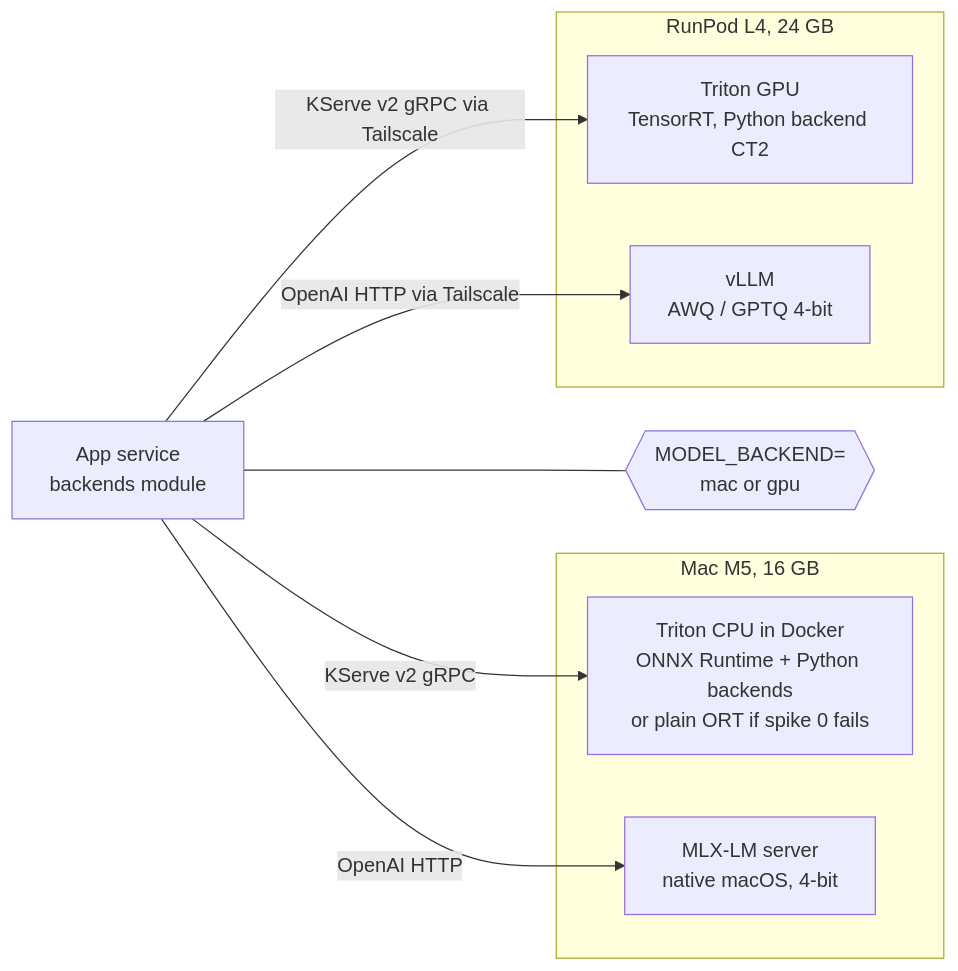
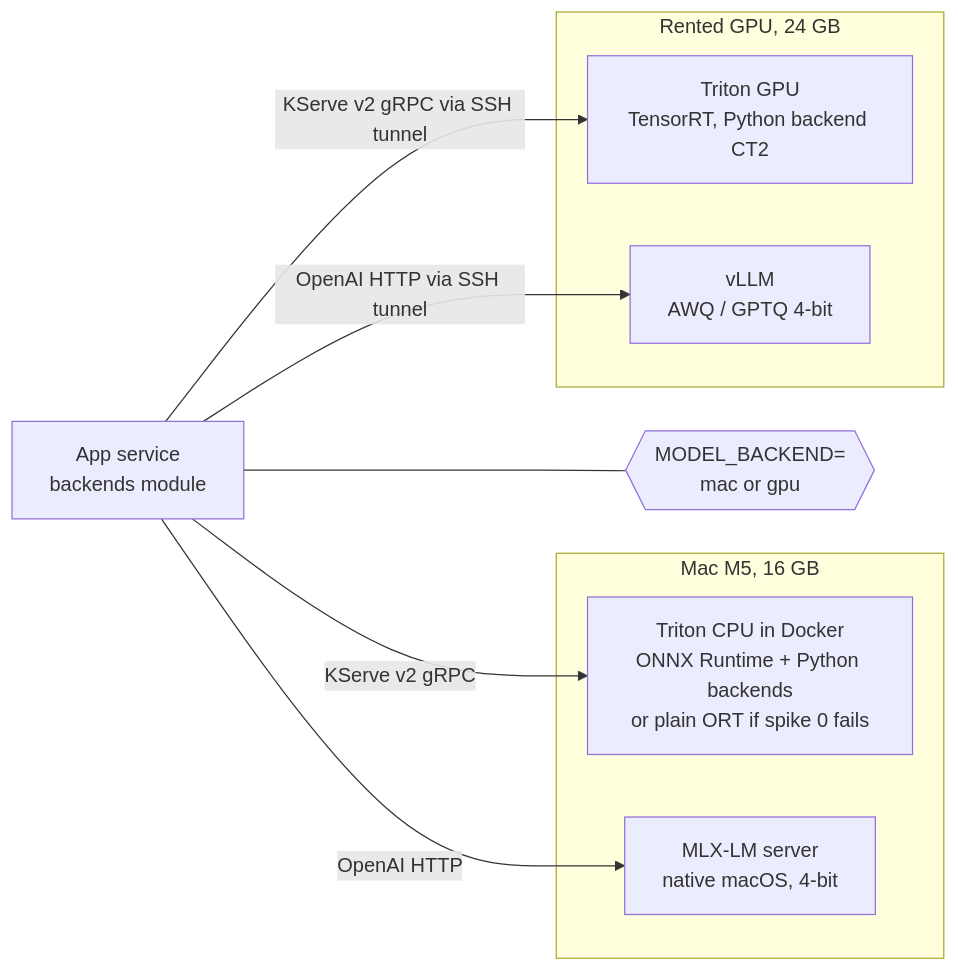
One commit to Analyst-Harsh/Fryday changed the tenth of 15 diagrams in docs/specs/2026-10-04-fryday-architecture.md. Above: the diagram before and after it, drawn with Mermaid. The commit also changed other lines of this file and 17 other files, not shown here.

First line of the commit message:
docs: HLD v4 decisions and phased implementation roadmap

````diff
--- a/docs/specs/2026-10-04-fryday-architecture.md
+++ b/docs/specs/2026-10-04-fryday-architecture.md
@@ -545,18 +557,18 @@
 ```mermaid
 flowchart LR
     APP[App service<br/>backends module]
     CFG{{MODEL_BACKEND=<br/>mac or gpu}}
     APP --- CFG
     subgraph MAC[Mac M5, 16 GB]
         TC[Triton CPU in Docker<br/>ONNX Runtime + Python backends<br/>or plain ORT if spike 0 fails]
         MLX[MLX-LM server<br/>native macOS, 4-bit]
     end
-    subgraph GPU[RunPod L4, 24 GB]
+    subgraph GPU[Rented GPU, 24 GB]
         TG[Triton GPU<br/>TensorRT, Python backend CT2]
         VLLM[vLLM<br/>AWQ / GPTQ 4-bit]
     end
     APP -->|KServe v2 gRPC| TC
     APP -->|OpenAI HTTP| MLX
-    APP -->|KServe v2 gRPC via Tailscale| TG
-    APP -->|OpenAI HTTP via Tailscale| VLLM
+    APP -->|KServe v2 gRPC via SSH tunnel| TG
+    APP -->|OpenAI HTTP via SSH tunnel| VLLM
 ```
````
